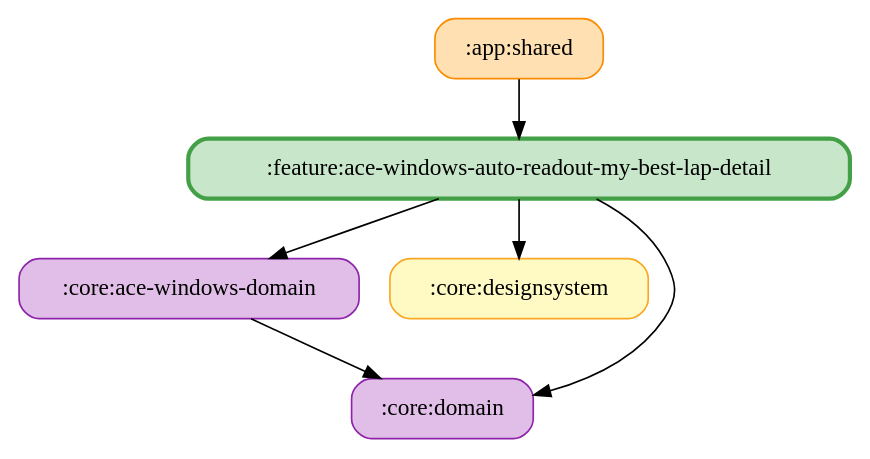
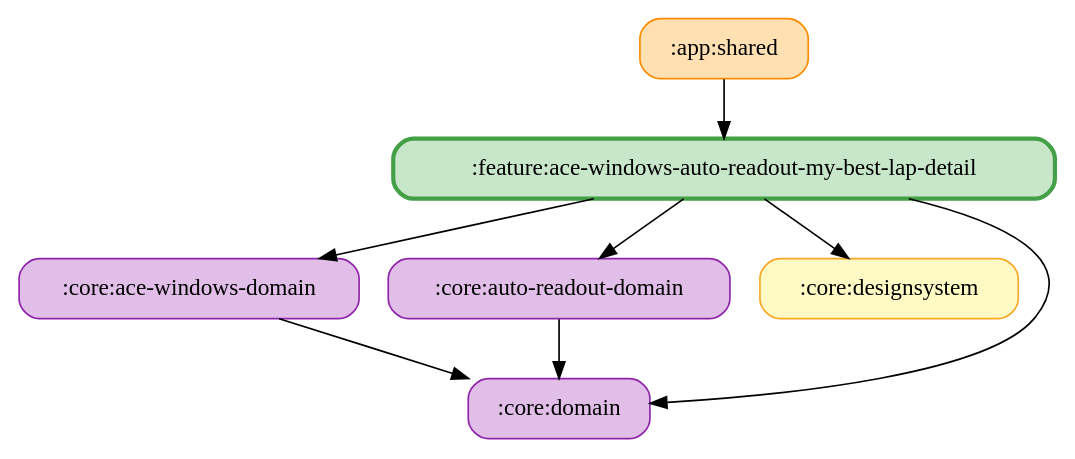
Before and after one commit to ai-kurou/KoDriver: the diagram in docs/graphs/feature-ace-windows-auto-readout-my-best-lap-detail.gv, drawn with Graphviz. The commit also changed 48 other files, not shown here.

Commit message:
chore: update module graph images

```diff
--- a/docs/graphs/feature-ace-windows-auto-readout-my-best-lap-detail.gv
+++ b/docs/graphs/feature-ace-windows-auto-readout-my-best-lap-detail.gv
@@ -1,14 +1,17 @@
 digraph G {
   rankdir=TB
   node [shape=box, style="rounded,filled"]
   ":app:shared" [fillcolor="#FFE0B2", color="#FB8C00", penwidth=1]
   ":core:ace-windows-domain" [fillcolor="#E1BEE7", color="#8E24AA", penwidth=1]
+  ":core:auto-readout-domain" [fillcolor="#E1BEE7", color="#8E24AA", penwidth=1]
   ":core:designsystem" [fillcolor="#FFF9C4", color="#F9A825", penwidth=1]
   ":core:domain" [fillcolor="#E1BEE7", color="#8E24AA", penwidth=1]
   ":feature:ace-windows-auto-readout-my-best-lap-detail" [fillcolor="#C8E6C9", color="#43A047", penwidth=2.5]
   ":app:shared" -> ":feature:ace-windows-auto-readout-my-best-lap-detail"
   ":core:ace-windows-domain" -> ":core:domain"
+  ":core:auto-readout-domain" -> ":core:domain"
   ":feature:ace-windows-auto-readout-my-best-lap-detail" -> ":core:domain"
+  ":feature:ace-windows-auto-readout-my-best-lap-detail" -> ":core:auto-readout-domain"
   ":feature:ace-windows-auto-readout-my-best-lap-detail" -> ":core:ace-windows-domain"
   ":feature:ace-windows-auto-readout-my-best-lap-detail" -> ":core:designsystem"
 }
```
